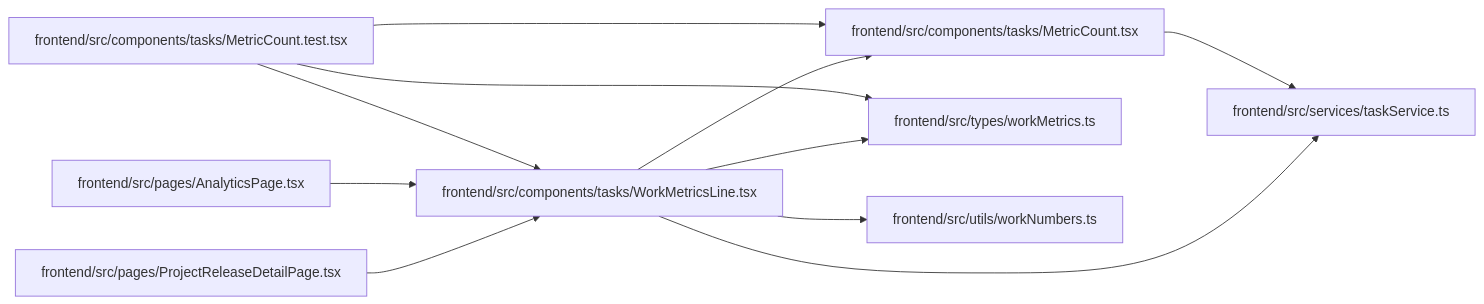
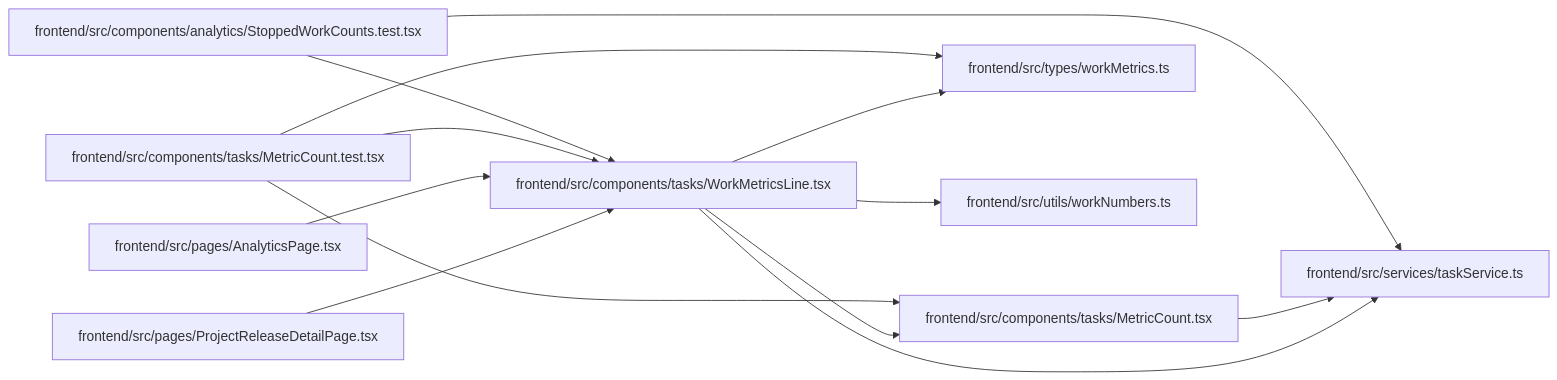
The diagram in docs/llm_wiki/modules/WorkMetricsLine.md (Denissvgn/WorkChord), drawn with Mermaid before and after one commit. The commit also changed other lines of this file and 674 other files, not shown here.

Commit message:
Sync the architectural wiki for showing stopped work

````diff
--- a/docs/llm_wiki/modules/WorkMetricsLine.md
+++ b/docs/llm_wiki/modules/WorkMetricsLine.md
@@ -30,29 +30,33 @@
 ```mermaid
 flowchart LR
-    n0["frontend/src/components/tasks/MetricCount.test.tsx"]
-    n1["frontend/src/components/tasks/MetricCount.tsx"]
-    n2["frontend/src/components/tasks/WorkMetricsLine.tsx"]
-    n3["frontend/src/pages/AnalyticsPage.tsx"]
-    n4["frontend/src/pages/ProjectReleaseDetailPage.tsx"]
-    n5["frontend/src/services/taskService.ts"]
-    n6["frontend/src/types/workMetrics.ts"]
-    n7["frontend/src/utils/workNumbers.ts"]
-    n0 --> n1
-    n0 --> n2
+    n0["frontend/src/components/analytics/StoppedWorkCounts.test.tsx"]
+    n1["frontend/src/components/tasks/MetricCount.test.tsx"]
+    n2["frontend/src/components/tasks/MetricCount.tsx"]
+    n3["frontend/src/components/tasks/WorkMetricsLine.tsx"]
+    n4["frontend/src/pages/AnalyticsPage.tsx"]
+    n5["frontend/src/pages/ProjectReleaseDetailPage.tsx"]
+    n6["frontend/src/services/taskService.ts"]
+    n7["frontend/src/types/workMetrics.ts"]
+    n8["frontend/src/utils/workNumbers.ts"]
+    n0 --> n3
     n0 --> n6
-    n1 --> n5
-    n2 --> n1
-    n2 --> n5
+    n1 --> n2
+    n1 --> n3
+    n1 --> n7
     n2 --> n6
-    n2 --> n7
     n3 --> n2
-    n4 --> n2
-    click n0 "../modules/MetricCount.test.md"
-    click n1 "../modules/MetricCount.md"
-    click n2 "../modules/WorkMetricsLine.md"
-    click n3 "../modules/AnalyticsPage.md"
-    click n4 "../modules/ProjectReleaseDetailPage.md"
-    click n5 "../modules/taskService.md"
-    click n6 "../modules/workMetrics.md"
-    click n7 "../modules/workNumbers.md"
+    n3 --> n6
+    n3 --> n7
+    n3 --> n8
+    n4 --> n3
+    n5 --> n3
+    click n0 "../modules/StoppedWorkCounts.test.md"
+    click n1 "../modules/MetricCount.test.md"
+    click n2 "../modules/MetricCount.md"
+    click n3 "../modules/WorkMetricsLine.md"
+    click n4 "../modules/AnalyticsPage.md"
+    click n5 "../modules/ProjectReleaseDetailPage.md"
+    click n6 "../modules/taskService.md"
+    click n7 "../modules/workMetrics.md"
+    click n8 "../modules/workNumbers.md"
 ```
````
